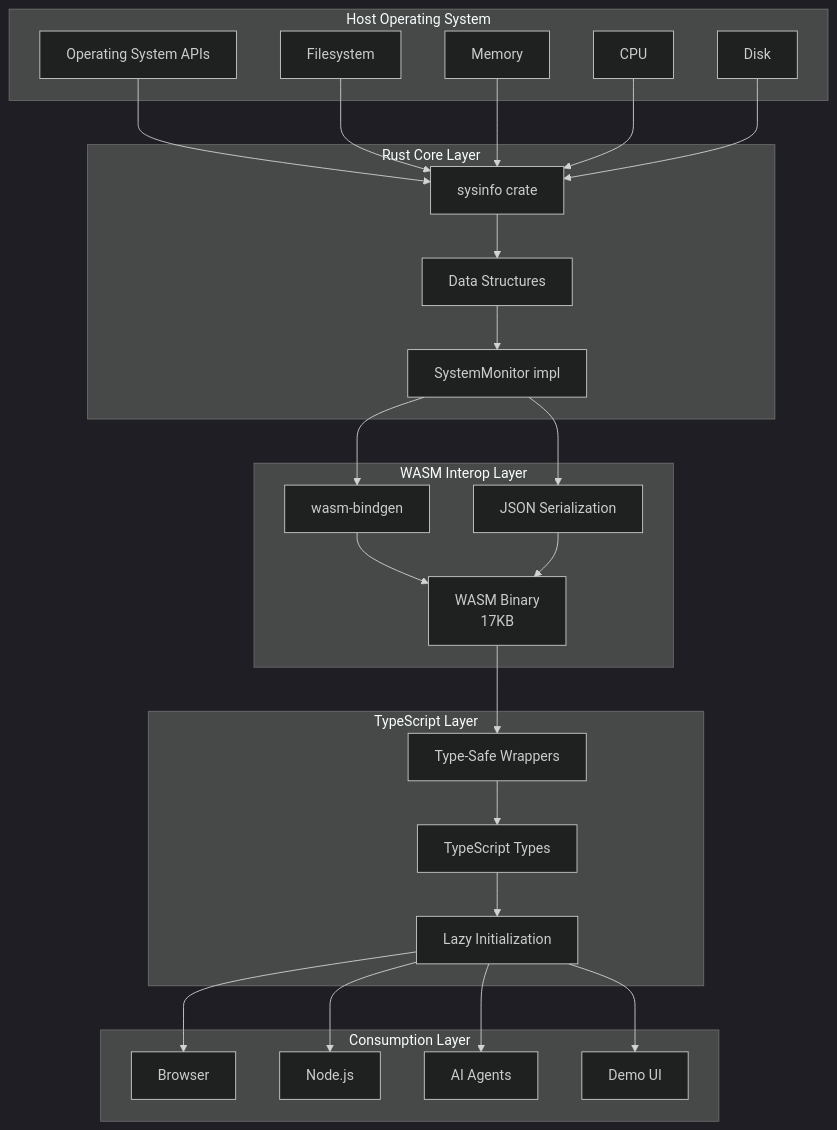
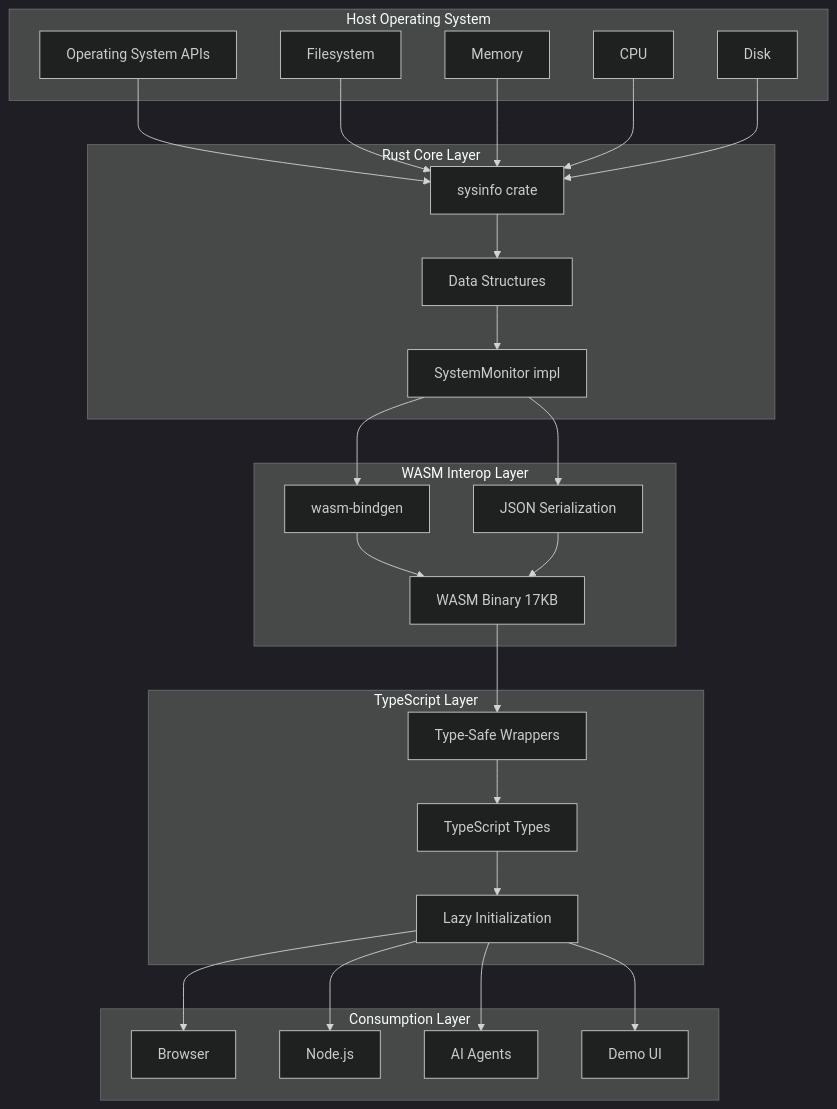
The first of 11 diagrams in wiki/Architecture.md (softwarewrighter/rust-wasm-monitor), drawn with Mermaid (dark theme) before and after one commit. The commit also changed other lines of this file and 6 other files, not shown here.

````diff
--- a/wiki/Architecture.md
+++ b/wiki/Architecture.md
@@ -31,57 +31,57 @@
 ```mermaid
 graph TB
     subgraph "Host Operating System"
         OS[Operating System APIs]
         FS[Filesystem]
         MEM[Memory]
         CPU[CPU]
         DISK[Disk]
     end
 
     subgraph "Rust Core Layer"
         SYSINFO[sysinfo crate]
         STRUCTS[Data Structures]
         IMPL[SystemMonitor impl]
     end
 
     subgraph "WASM Interop Layer"
         BINDGEN[wasm-bindgen]
-        WASM[WASM Binary<br/>17KB]
+        WASM[WASM Binary 17KB]
         JSON[JSON Serialization]
     end
 
     subgraph "TypeScript Layer"
         WRAPPERS[Type-Safe Wrappers]
         TYPES[TypeScript Types]
         INIT[Lazy Initialization]
     end
 
     subgraph "Consumption Layer"
         BROWSER[Browser]
         NODE[Node.js]
         AGENT[AI Agents]
         DEMO[Demo UI]
     end
 
     OS --> SYSINFO
     FS --> SYSINFO
     MEM --> SYSINFO
     CPU --> SYSINFO
     DISK --> SYSINFO
 
     SYSINFO --> STRUCTS
     STRUCTS --> IMPL
     IMPL --> BINDGEN
     BINDGEN --> WASM
     IMPL --> JSON
     JSON --> WASM
 
     WASM --> WRAPPERS
     WRAPPERS --> TYPES
     TYPES --> INIT
 
     INIT --> BROWSER
     INIT --> NODE
     INIT --> AGENT
     INIT --> DEMO
 ```
````
